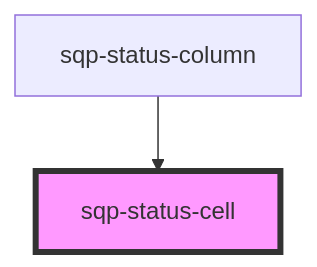
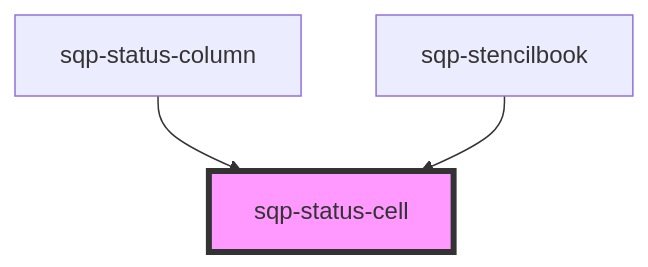
Before and after one commit to saasquatch/program-tools: the diagram in packages/paypal-components/src/components/sqp-status-cell/readme.md, drawn with Mermaid. The commit also changed other lines of this file and 5 other files, not shown here.

````diff
--- a/packages/paypal-components/src/components/sqp-status-cell/readme.md
+++ b/packages/paypal-components/src/components/sqp-status-cell/readme.md
@@ -28,5 +29,6 @@
 ```mermaid
 graph TD;
   sqp-status-column --> sqp-status-cell
+  sqp-stencilbook --> sqp-status-cell
   style sqp-status-cell fill:#f9f,stroke:#333,stroke-width:4px
 ```
````
